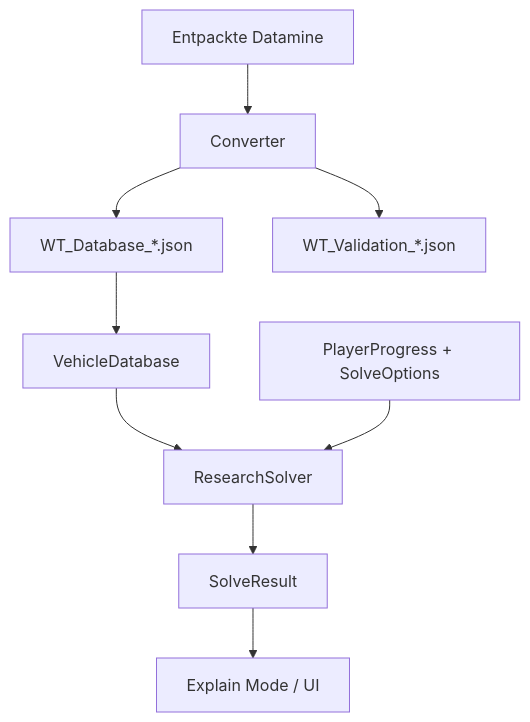
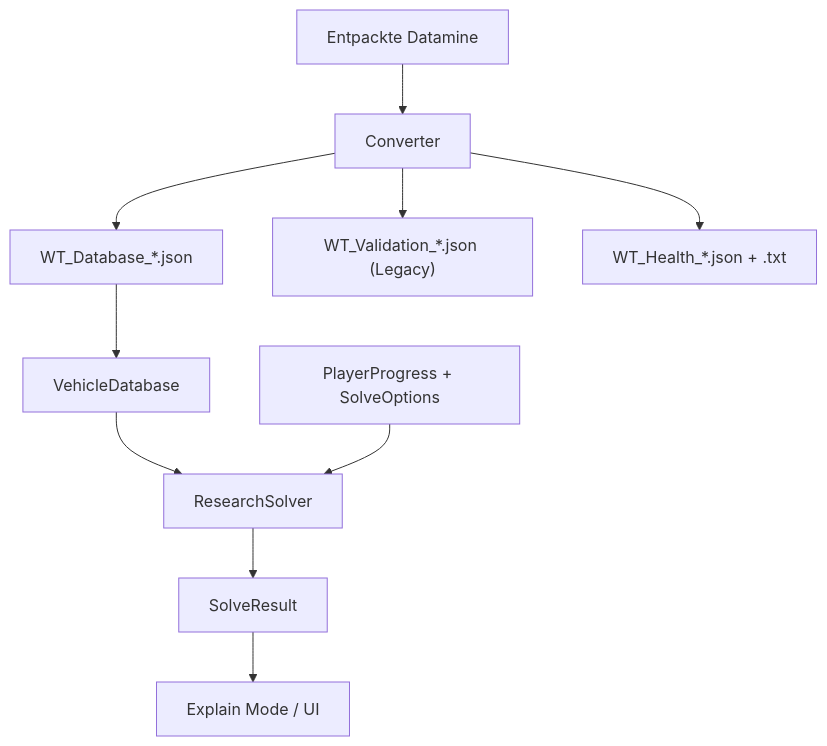
One commit to wursti10-cmyk/wurstbrot-suite changed the diagram in docs/02_ARCHITECTURE.md. Above: the diagram before and after it, drawn with Mermaid. The commit also changed other lines of this file and 28 other files, not shown here.

First line of the commit message:
Accuracy: add structured datamine validation and health reports (#4)

````diff
--- a/docs/02_ARCHITECTURE.md
+++ b/docs/02_ARCHITECTURE.md
@@ -16,11 +17,12 @@
 ```mermaid
 flowchart TD
   D["Entpackte Datamine"] --> C["Converter"]
   C --> J["WT_Database_*.json"]
-  C --> V["WT_Validation_*.json"]
+  C --> V["WT_Validation_*.json (Legacy)"]
+  C --> H["WT_Health_*.json + .txt"]
   J --> DB["VehicleDatabase"]
   DB --> S["ResearchSolver"]
   P["PlayerProgress + SolveOptions"] --> S
   S --> R["SolveResult"]
   R --> E["Explain Mode / UI"]
 ```
````
